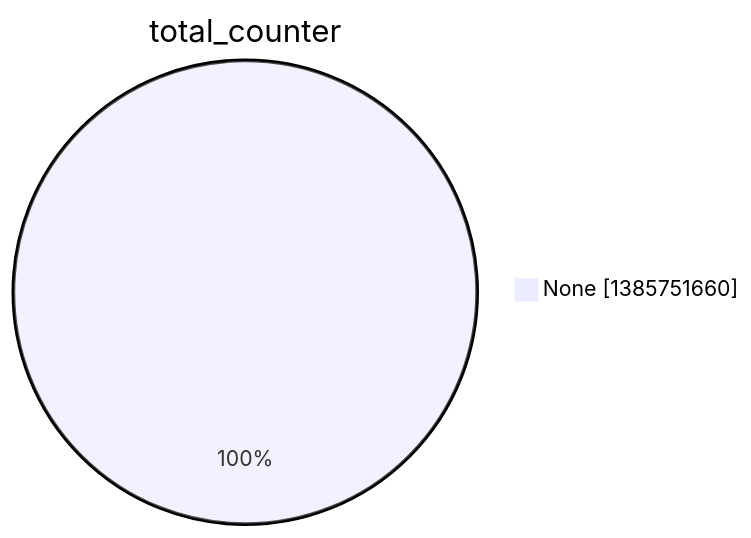
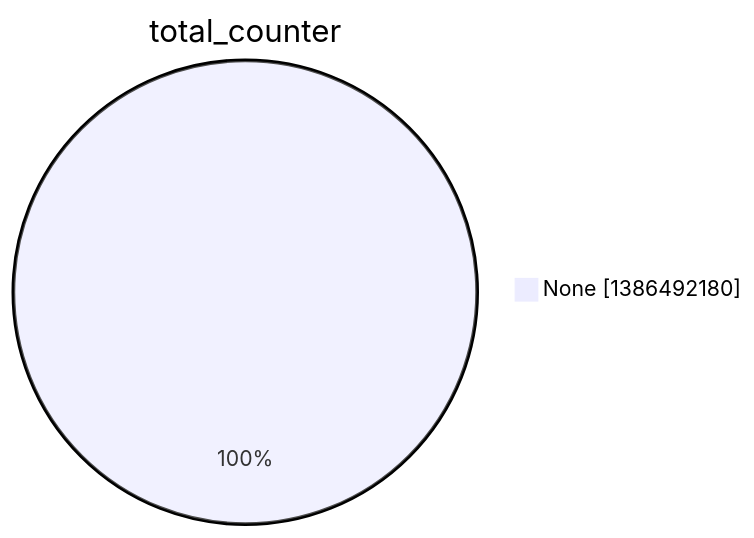
The second of 15 diagrams in argon2022/README.md (christiankrug/ctmonitor_visualization), drawn with Mermaid before and after one commit. The commit also changed other lines of this file, not shown here.

````diff
--- a/argon2022/README.md
+++ b/argon2022/README.md
@@ -9,5 +9,5 @@
 ```mermaid
 pie showData
 title total_counter
-"None" :1385751660
+"None" :1386492180
 ```
````
